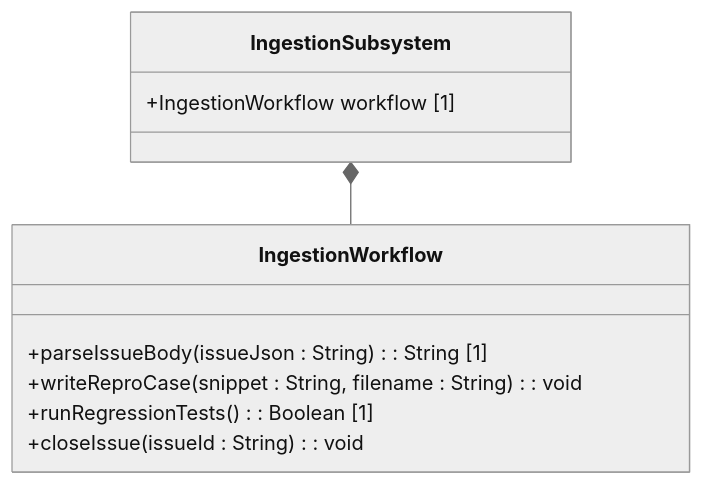
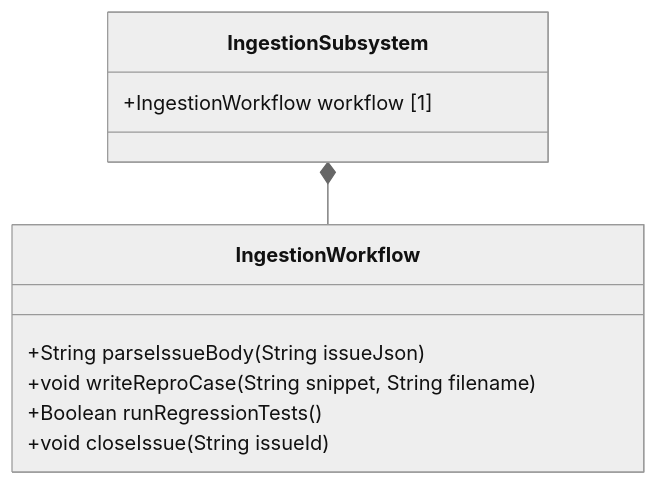
Before and after one commit to gintatkinson/digital-pipeline-repo: the diagram in docs/features/feat-06-upstream-regression-testing.md, drawn with Mermaid (neutral theme). The commit also changed 16 other files, not shown here.

Commit message:
feat: implement fix_mermaid_colons.py and repair existing Mermaid class diagrams

````diff
--- a/docs/features/feat-06-upstream-regression-testing.md
+++ b/docs/features/feat-06-upstream-regression-testing.md
@@ -18,13 +18,13 @@
 ```mermaid
 classDiagram
     class IngestionSubsystem {
         +IngestionWorkflow workflow [1]
     }
     class IngestionWorkflow {
-        +parseIssueBody(issueJson : String) : String [1]
-        +writeReproCase(snippet : String, filename : String) : void
-        +runRegressionTests() : Boolean [1]
-        +closeIssue(issueId : String) : void
+        +String parseIssueBody(String issueJson)
+        +void writeReproCase(String snippet, String filename)
+        +Boolean runRegressionTests()
+        +void closeIssue(String issueId)
     }
     IngestionSubsystem *-- IngestionWorkflow
 ```
````
